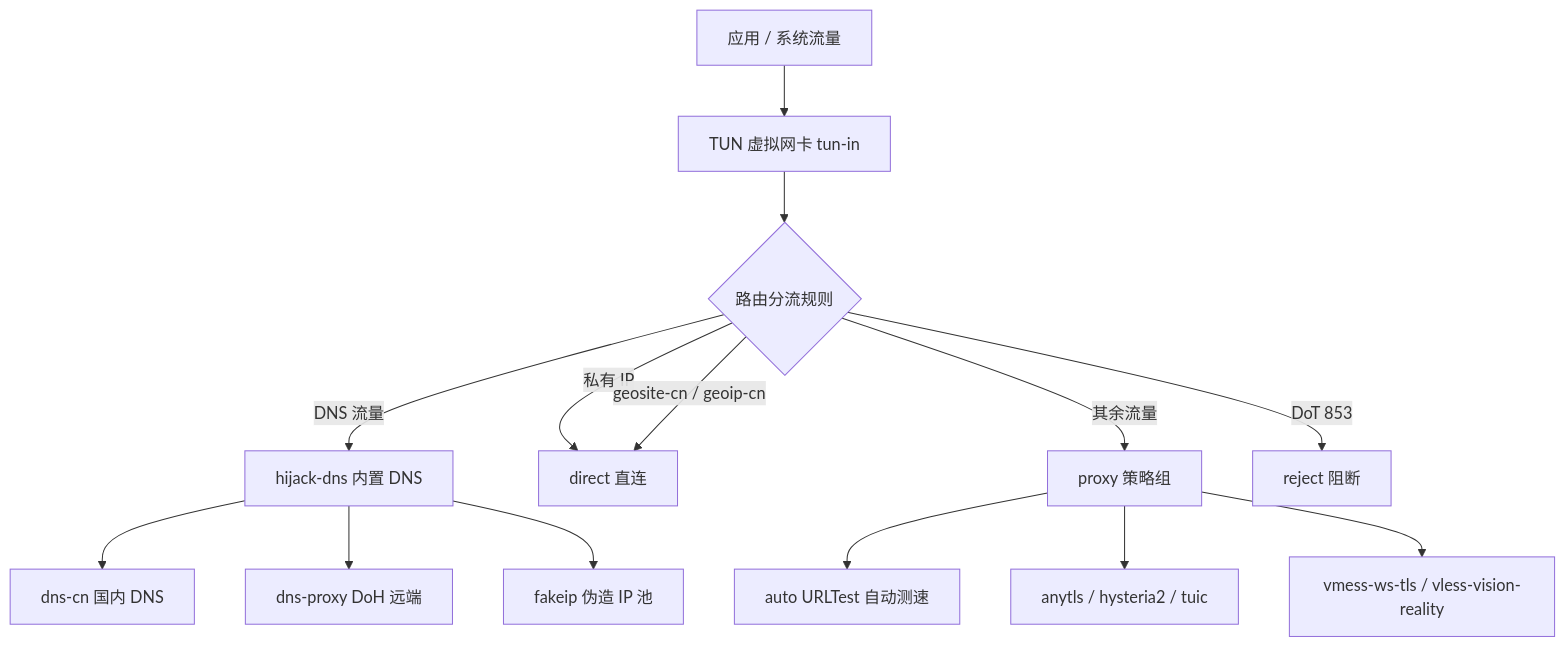
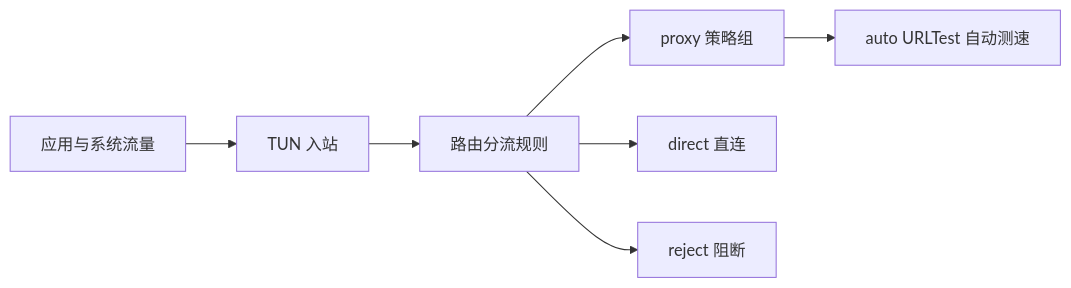
Before and after one commit to MinimaxFlora/EasySB: the diagram in README.md, drawn with Mermaid. The commit also changed other lines of this file and 15 other files, not shown here.

````diff
--- a/README.md
+++ b/README.md
@@ -295,16 +235,9 @@
 ```mermaid
-graph TD
-    A["应用 / 系统流量"] --> B["TUN 虚拟网卡 tun-in"]
-    B --> C{"路由分流规则"}
-    C -->|"DNS 流量"| D["hijack-dns 内置 DNS"]
-    C -->|"私有 IP"| E["direct 直连"]
-    C -->|"geosite-cn / geoip-cn"| E
-    C -->|"其余流量"| F["proxy 策略组"]
-    C -->|"DoT 853"| G["reject 阻断"]
-    F --> H["auto URLTest 自动测速"]
-    F --> I["anytls / hysteria2 / tuic"]
-    F --> J["vmess-ws-tls / vless-vision-reality"]
-    D --> K["dns-cn 国内 DNS"]
-    D --> L["dns-proxy DoH 远端"]
-    D --> M["fakeip 伪造 IP 池"]
+graph LR
+    A["应用与系统流量"] --> B["TUN 入站"]
+    B --> C["路由分流规则"]
+    C --> D["proxy 策略组"]
+    C --> E["direct 直连"]
+    C --> F["reject 阻断"]
+    D --> G["auto URLTest 自动测速"]
 ```
````
